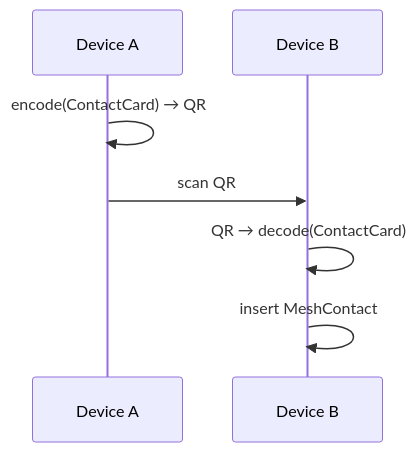
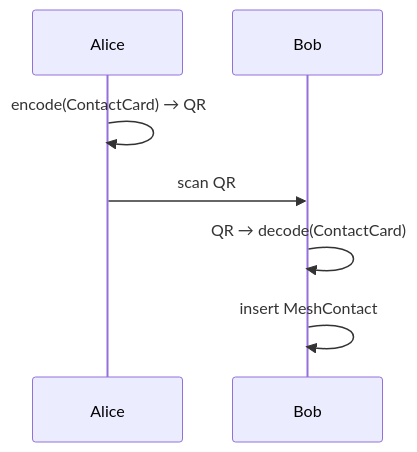
One commit to adrior11/SwiftMeshRelay changed the fifth of 5 diagrams in README.md. Above: the diagram before and after it, drawn with Mermaid. The commit also changed other lines of this file, not shown here.

````diff
--- a/README.md
+++ b/README.md
@@ -178,10 +160,10 @@
 ```mermaid
 sequenceDiagram
-    participant A as Device A
-    participant B as Device B
+    participant A as Alice
+    participant B as Bob
 
     A->>A: encode(ContactCard) → QR
     A->>B: scan QR
     B->>B: QR → decode(ContactCard)
     B->>B: insert MeshContact
 ```
````
